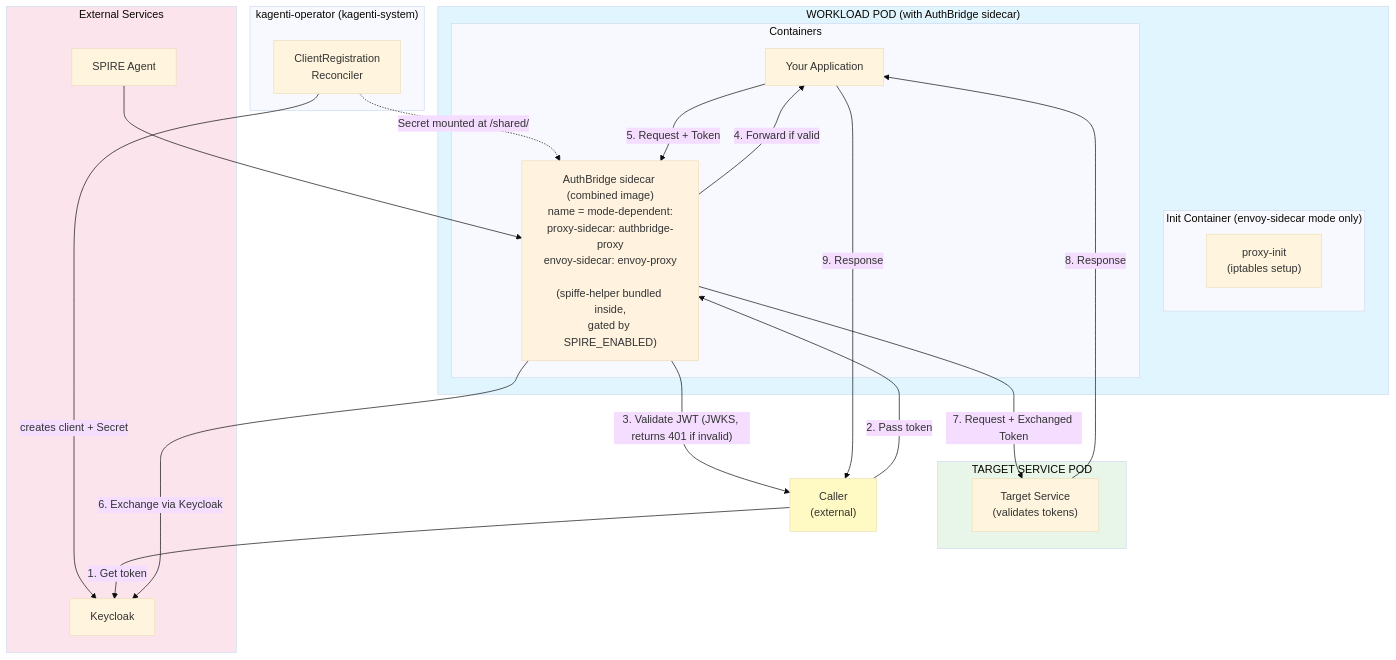
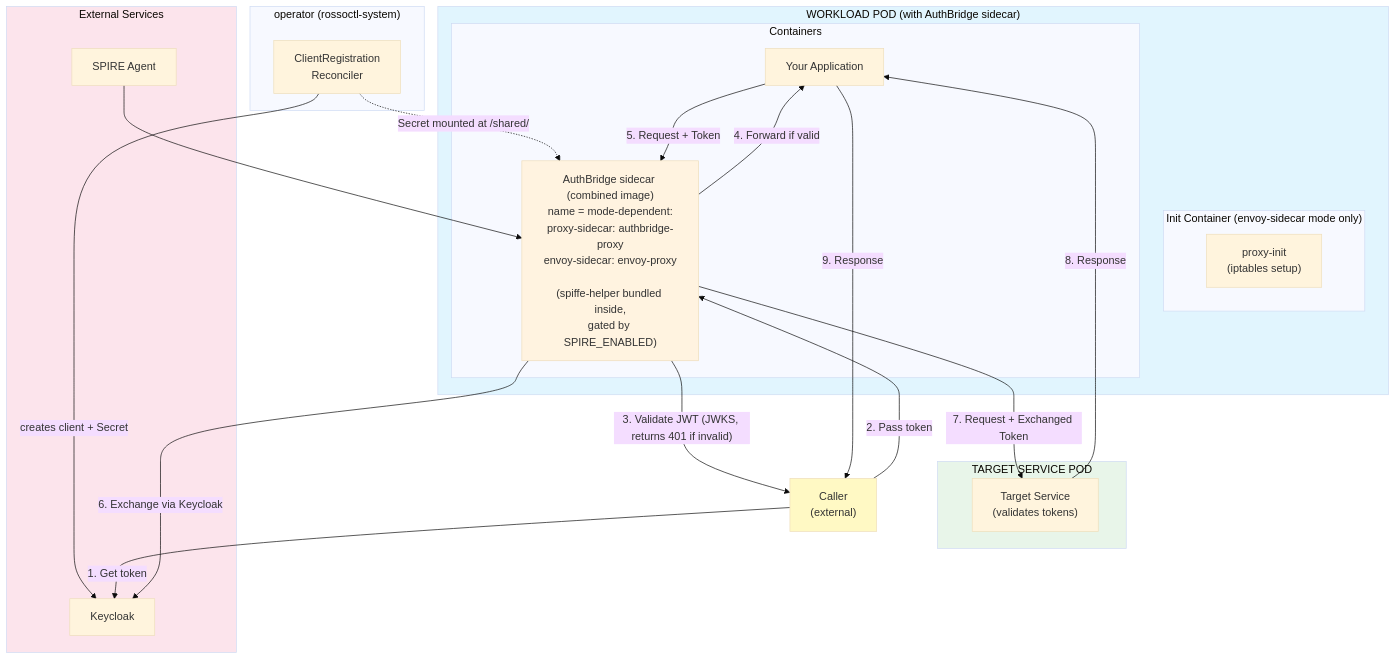
One commit to rossoctl/cortex changed the first of 2 diagrams in authbridge/README.md. Above: the diagram before and after it, drawn with Mermaid (base theme). The commit also changed other lines of this file and 325 other files, not shown here.

First line of the commit message:
⚠️ Rename Kagenti → Rossoctl across kagenti-extensions (→ rossocortex)

````diff
--- a/authbridge/README.md
+++ b/authbridge/README.md
@@ -99,46 +99,46 @@
 ```mermaid
 flowchart TB
     subgraph WorkloadPod["WORKLOAD POD (with AuthBridge sidecar)"]
         subgraph Init["Init Container (envoy-sidecar mode only)"]
             ProxyInit["proxy-init<br/>(iptables setup)"]
         end
         subgraph Containers["Containers"]
             App["Your Application"]
             Sidecar["AuthBridge sidecar (combined image)<br/>name = mode-dependent:<br/>proxy-sidecar: authbridge-proxy<br/>envoy-sidecar: envoy-proxy<br/><br/>(spiffe-helper bundled inside,<br/>gated by SPIRE_ENABLED)"]
         end
     end
 
-    subgraph Operator["kagenti-operator (kagenti-system)"]
+    subgraph Operator["operator (rossoctl-system)"]
         ClientReg["ClientRegistration<br/>Reconciler"]
     end
 
     subgraph TargetPod["TARGET SERVICE POD"]
         Target["Target Service<br/>(validates tokens)"]
     end
 
     subgraph External["External Services"]
         SPIRE["SPIRE Agent"]
         Keycloak["Keycloak"]
     end
 
     Caller["Caller<br/>(external)"]
 
     SPIRE --> Sidecar
     ClientReg -->|"creates client + Secret"| Keycloak
     ClientReg -.->|"Secret mounted at /shared/"| Sidecar
     Caller -->|"1. Get token"| Keycloak
     Caller -->|"2. Pass token"| Sidecar
     Sidecar -->|"3. Validate JWT (JWKS, returns 401 if invalid)"| Caller
     Sidecar -->|"4. Forward if valid"| App
     App -->|"5. Request + Token"| Sidecar
     Sidecar -->|"6. Exchange via Keycloak"| Keycloak
     Sidecar -->|"7. Request + Exchanged Token"| Target
     Target -->|"8. Response"| App
     App -->|"9. Response"| Caller
 
     style WorkloadPod fill:#e1f5fe
     style TargetPod fill:#e8f5e9
     style Sidecar fill:#fff3e0
     style External fill:#fce4ec
     style Caller fill:#fff9c4
 ```
````
